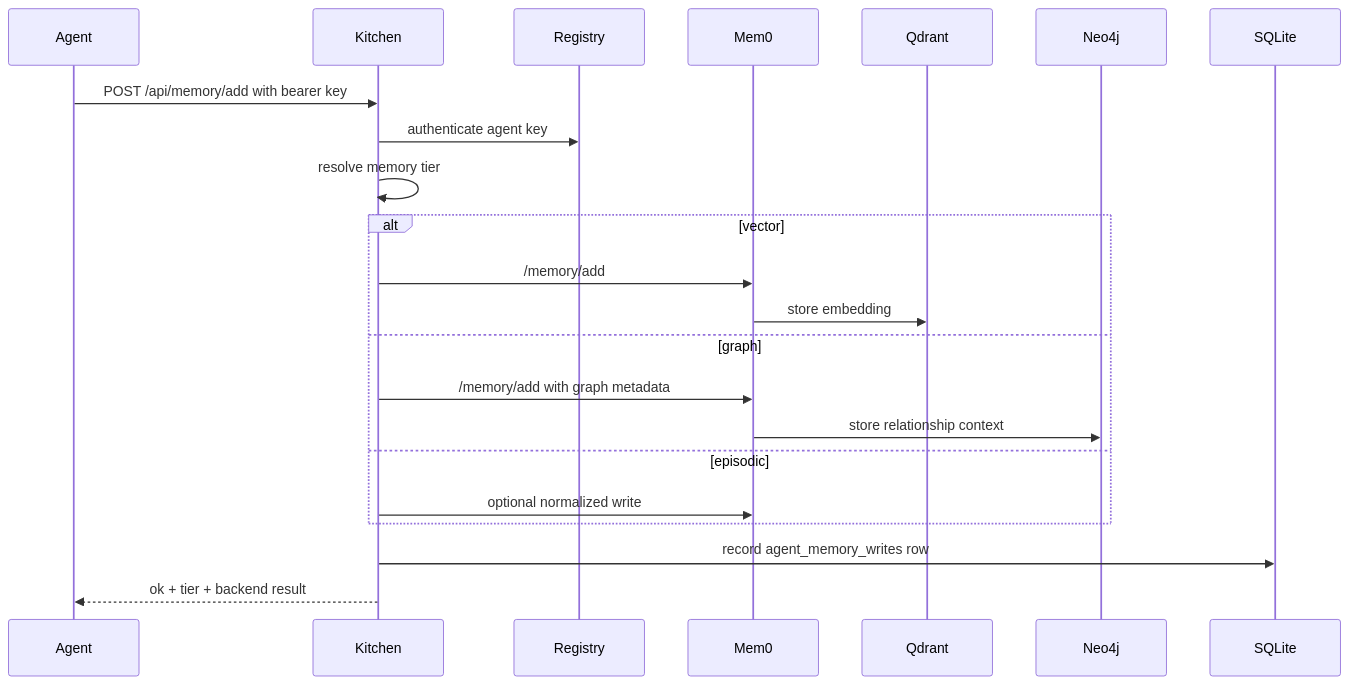
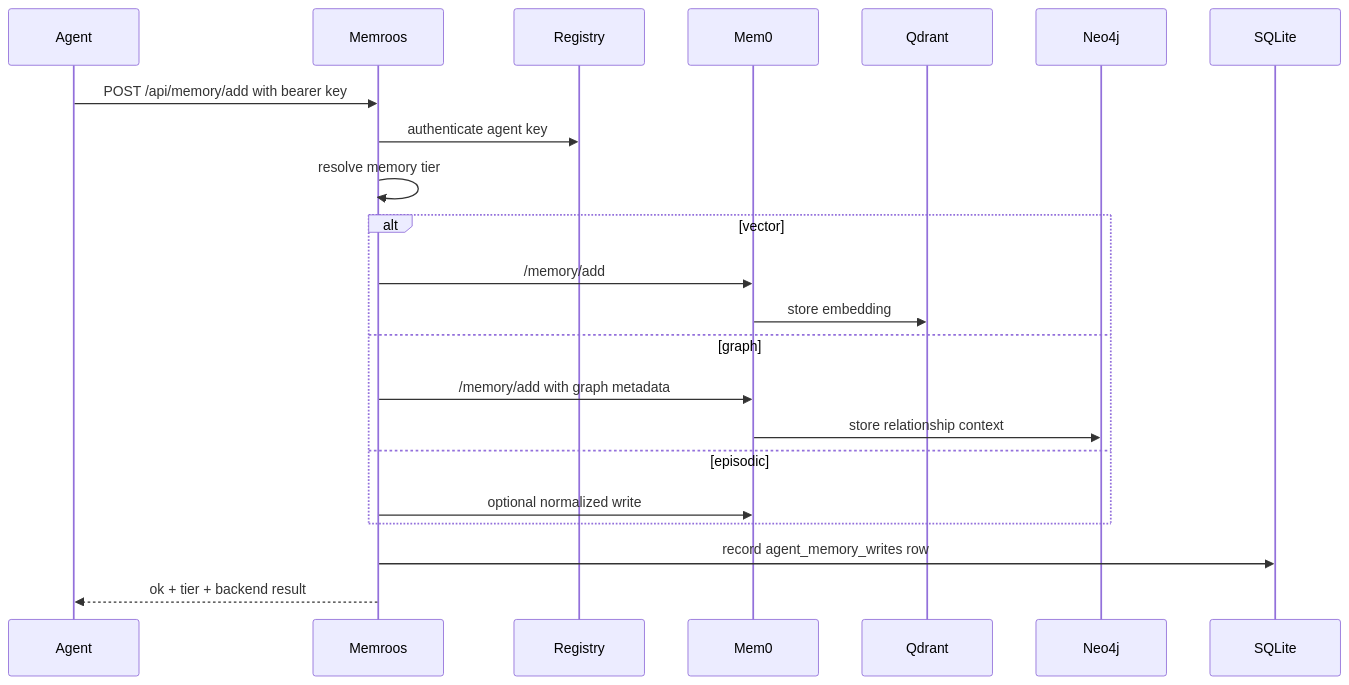
One commit to lac5q/agentkitche.dev changed the diagram in docs/memory-architecture.md. Above: the diagram before and after it, drawn with Mermaid. The commit also changed other lines of this file and 809 other files, not shown here.

````diff
--- a/docs/memory-architecture.md
+++ b/docs/memory-architecture.md
@@ -15,25 +15,25 @@
 ```mermaid
 sequenceDiagram
   participant Agent
-  participant Kitchen
+  participant Memroos
   participant Registry
   participant Mem0
   participant Qdrant
   participant Neo4j
   participant SQLite
 
-  Agent->>Kitchen: POST /api/memory/add with bearer key
-  Kitchen->>Registry: authenticate agent key
-  Kitchen->>Kitchen: resolve memory tier
+  Agent->>Memroos: POST /api/memory/add with bearer key
+  Memroos->>Registry: authenticate agent key
+  Memroos->>Memroos: resolve memory tier
   alt vector
-    Kitchen->>Mem0: /memory/add
+    Memroos->>Mem0: /memory/add
     Mem0->>Qdrant: store embedding
   else graph
-    Kitchen->>Mem0: /memory/add with graph metadata
+    Memroos->>Mem0: /memory/add with graph metadata
     Mem0->>Neo4j: store relationship context
   else episodic
-    Kitchen->>Mem0: optional normalized write
+    Memroos->>Mem0: optional normalized write
   end
-  Kitchen->>SQLite: record agent_memory_writes row
-  Kitchen-->>Agent: ok + tier + backend result
+  Memroos->>SQLite: record agent_memory_writes row
+  Memroos-->>Agent: ok + tier + backend result
 ```
````
